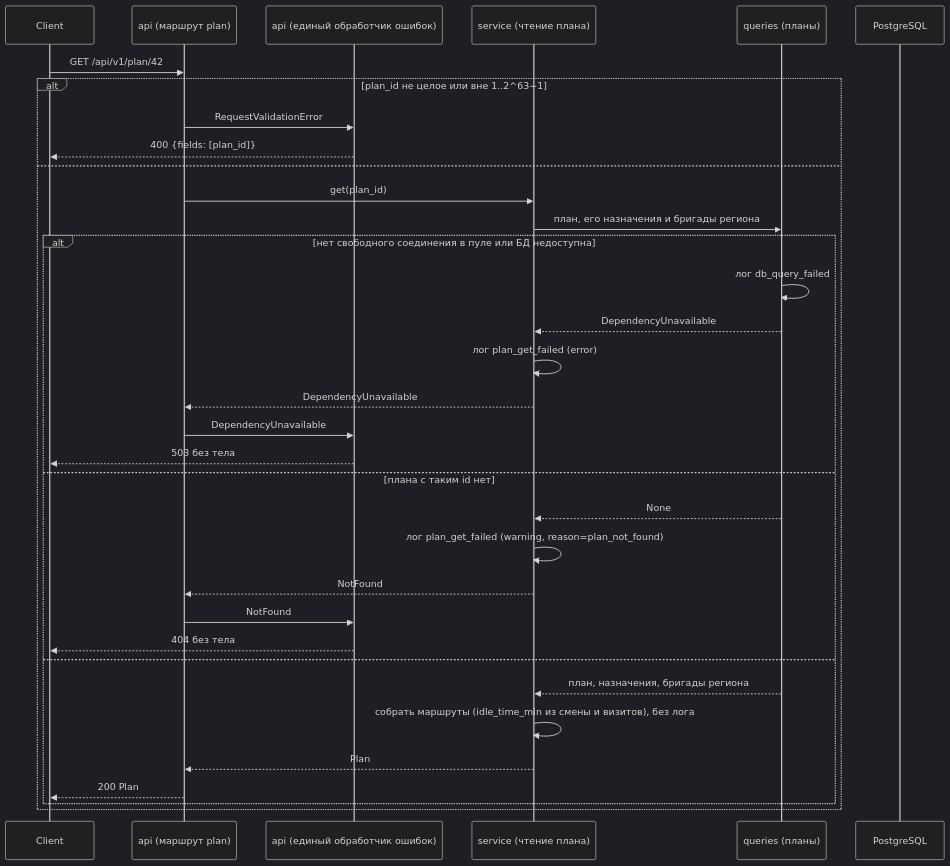
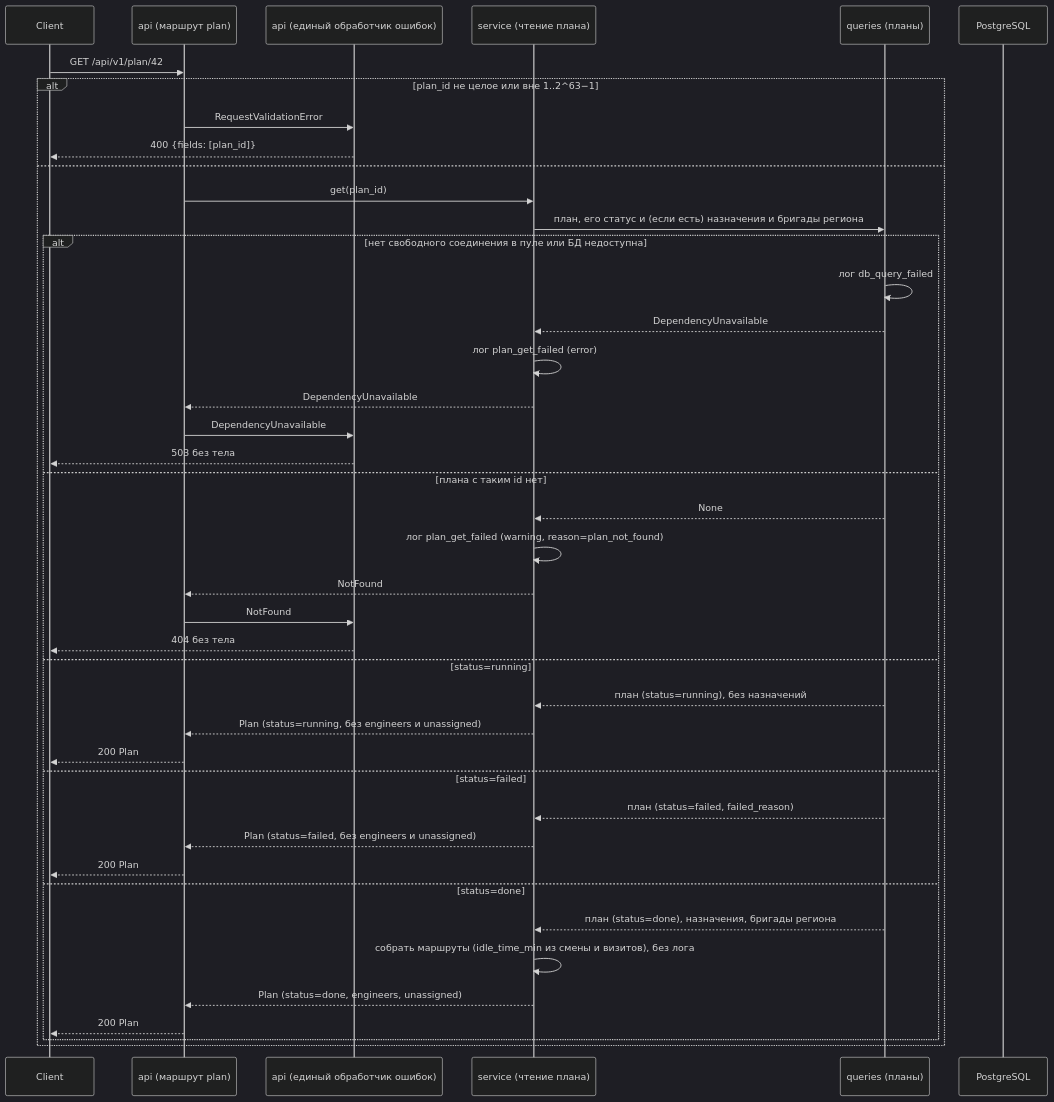
Before and after one commit to vseminoy/engineer_route_plan: the ninth of 9 diagrams in back/src/api/routes/sequence_diagrams.md, drawn with Mermaid (dark theme). The commit also changed other lines of this file and 4 other files, not shown here.

````diff
--- a/back/src/api/routes/sequence_diagrams.md
+++ b/back/src/api/routes/sequence_diagrams.md
@@ -555,37 +578,45 @@
 ```mermaid
 sequenceDiagram
     participant Client
     participant API as api (маршрут plan)
     participant H as api (единый обработчик ошибок)
     participant Svc as service (чтение плана)
     participant PlanRepo as queries (планы)
     participant DB as PostgreSQL
 
     Client->>API: GET /api/v1/plan/42
     alt plan_id не целое или вне 1..2^63−1
         API->>H: RequestValidationError
         H-->>Client: 400 {fields: [plan_id]}
     else
         API->>Svc: get(plan_id)
-        Svc->>PlanRepo: план, его назначения и бригады региона
+        Svc->>PlanRepo: план, его статус и (если есть) назначения и бригады региона
         alt нет свободного соединения в пуле или БД недоступна
             PlanRepo->>PlanRepo: лог db_query_failed
             PlanRepo-->>Svc: DependencyUnavailable
             Svc->>Svc: лог plan_get_failed (error)
             Svc-->>API: DependencyUnavailable
             API->>H: DependencyUnavailable
             H-->>Client: 503 без тела
         else плана с таким id нет
             PlanRepo-->>Svc: None
             Svc->>Svc: лог plan_get_failed (warning, reason=plan_not_found)
             Svc-->>API: NotFound
             API->>H: NotFound
             H-->>Client: 404 без тела
-        else
-            PlanRepo-->>Svc: план, назначения, бригады региона
+        else status=running
+            PlanRepo-->>Svc: план (status=running), без назначений
+            Svc-->>API: Plan (status=running, без engineers и unassigned)
+            API-->>Client: 200 Plan
+        else status=failed
+            PlanRepo-->>Svc: план (status=failed, failed_reason)
+            Svc-->>API: Plan (status=failed, без engineers и unassigned)
+            API-->>Client: 200 Plan
+        else status=done
+            PlanRepo-->>Svc: план (status=done), назначения, бригады региона
             Svc->>Svc: собрать маршруты (idle_time_min из смены и визитов), без лога
-            Svc-->>API: Plan
+            Svc-->>API: Plan (status=done, engineers, unassigned)
             API-->>Client: 200 Plan
         end
     end
 ```
````
